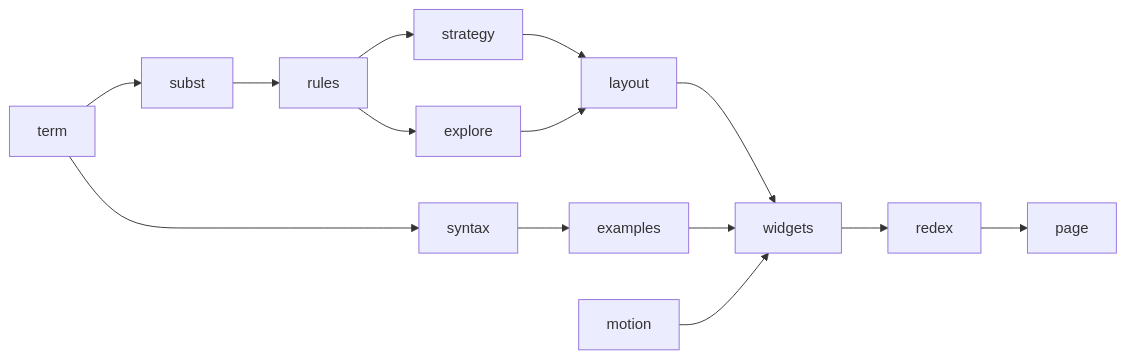
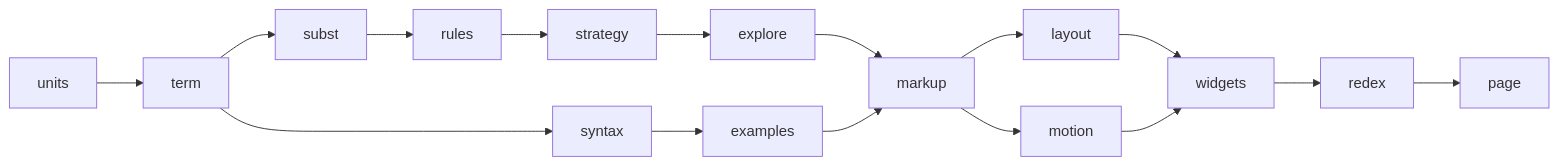
The diagram in AGENTS.md (krukah/redex), drawn with Mermaid before and after one commit. The commit also changed other lines of this file and 8 other files, not shown here.

First line of the commit message:
Document markup and units, the typed widgets, and milestone 6b

````diff
--- a/AGENTS.md
+++ b/AGENTS.md
@@ -27,7 +29,8 @@
 ```mermaid
 flowchart LR
-  term --> subst --> rules --> strategy --> layout
-  rules --> explore --> layout
+  units --> term --> subst --> rules --> strategy --> explore
   term --> syntax --> examples
-  layout & examples & motion --> widgets --> redex --> page
+  explore & examples --> markup --> layout
+  markup --> motion
+  layout & motion --> widgets --> redex --> page
 ```
````
